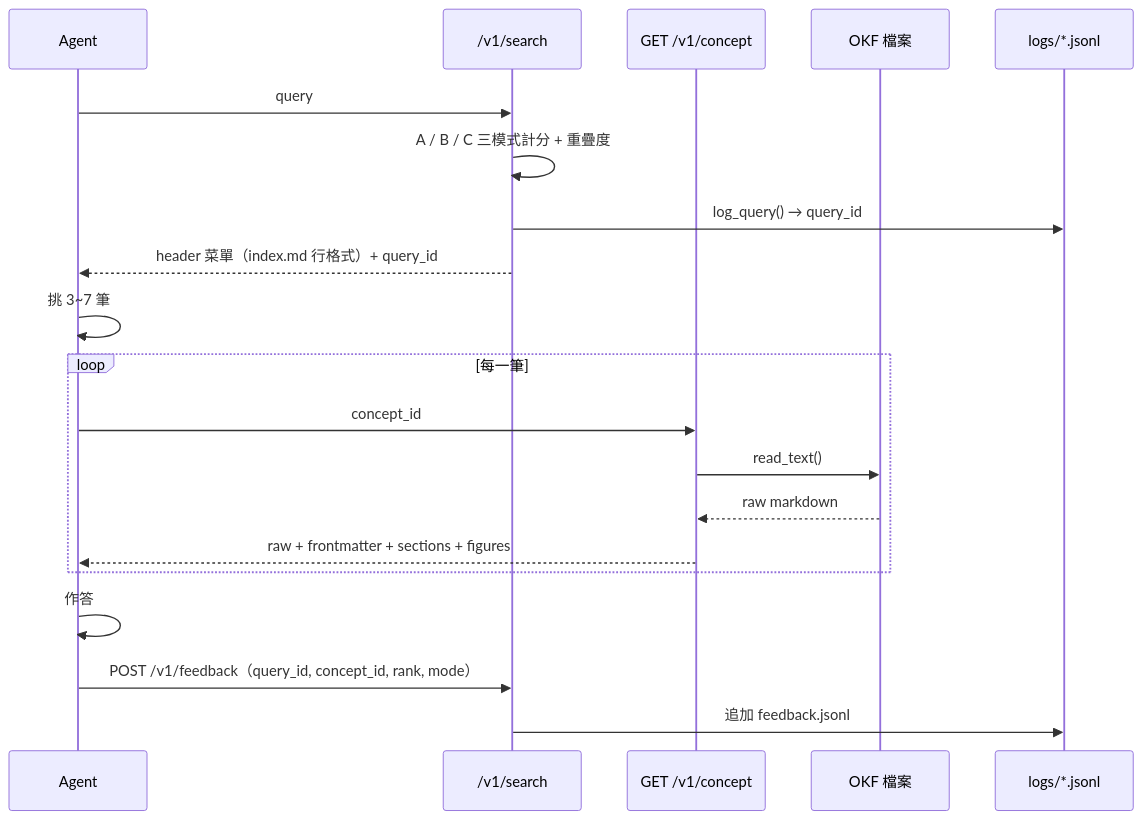
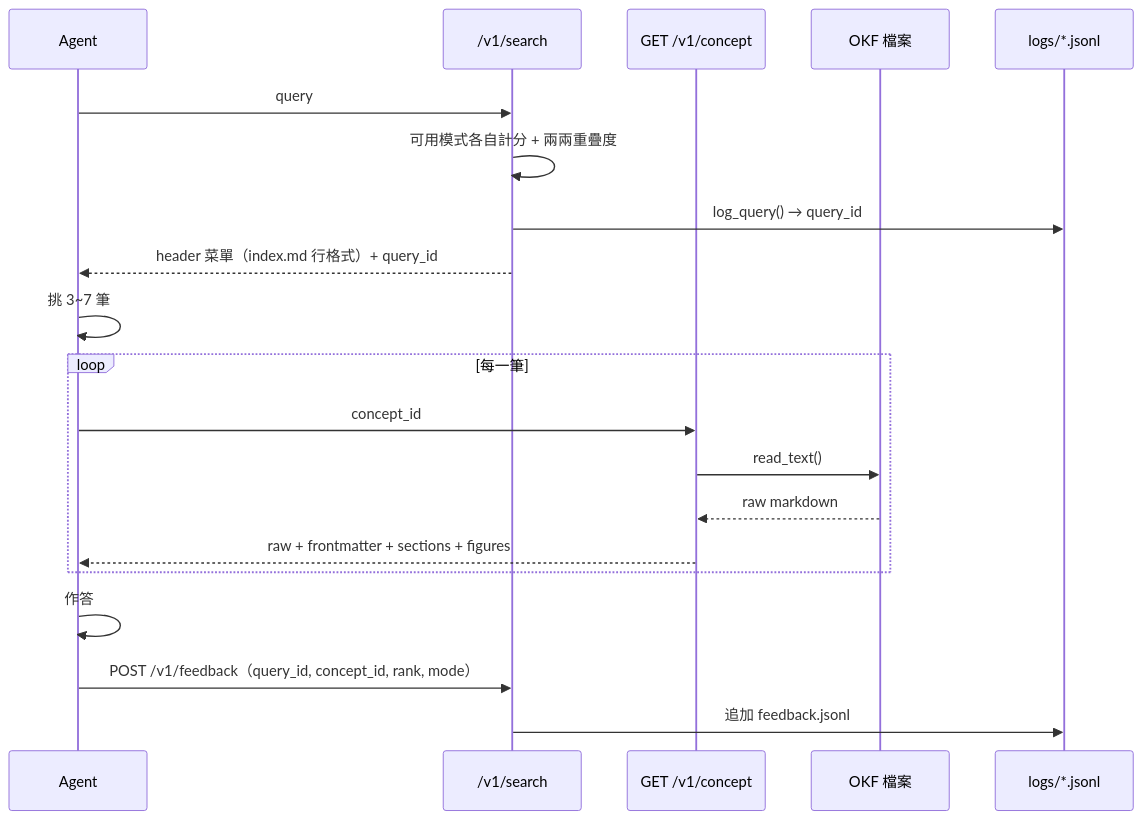
Before and after one commit to yiting-tom/YEDAI: the eighth of 9 diagrams in docs/data-flow.md, drawn with Mermaid. The commit also changed other lines of this file and 9 other files, not shown here.

````diff
--- a/docs/data-flow.md
+++ b/docs/data-flow.md
@@ -308,23 +385,23 @@
 ```mermaid
 sequenceDiagram
   participant A as Agent
   participant S as /v1/search
   participant C as GET /v1/concept
   participant F as OKF 檔案
   participant L as logs/*.jsonl
 
   A->>S: query
-  S->>S: A / B / C 三模式計分 + 重疊度
+  S->>S: 可用模式各自計分 + 兩兩重疊度
   S->>L: log_query() → query_id
   S-->>A: header 菜單（index.md 行格式）+ query_id
   A->>A: 挑 3~7 筆
   loop 每一筆
     A->>C: concept_id
     C->>F: read_text()
     F-->>C: raw markdown
     C-->>A: raw + frontmatter + sections + figures
   end
   A->>A: 作答
   A->>S: POST /v1/feedback（query_id, concept_id, rank, mode）
   S->>L: 追加 feedback.jsonl
 ```
````
